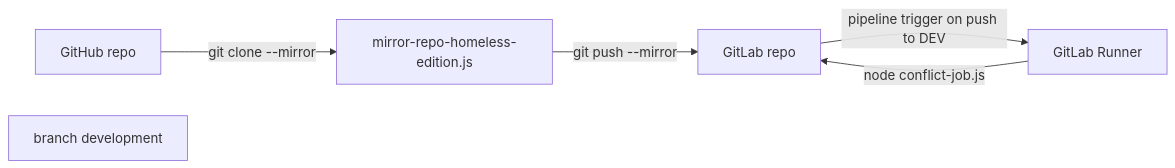
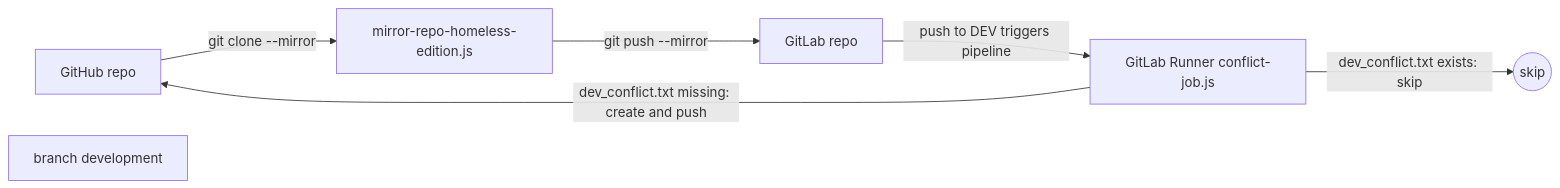
One commit to akaptelinin/gitlab-github-mirror-test changed the diagram in README.md. Above: the diagram before and after it, drawn with Mermaid.

````diff
--- a/README.md
+++ b/README.md
@@ -64,13 +64,16 @@
 ```mermaid
 flowchart LR
   GH[GitHub repo]
   JS[mirror-repo-homeless-edition.js]
   GL[GitLab repo]
-  CI[GitLab Runner]
+  CI[GitLab Runner conflict-job.js]
   DEV[branch development]
+  SKIP((skip))
 
   GH -->|git clone --mirror| JS
   JS -->|git push --mirror| GL
-  GL -->|pipeline trigger on push to DEV| CI
-  CI -->|node conflict-job.js| GL
+  GL -->|push to DEV triggers pipeline| CI
+
+  CI -->|dev_conflict.txt missing: create and push| GH
+  CI -->|dev_conflict.txt exists: skip| SKIP
 ```
````
